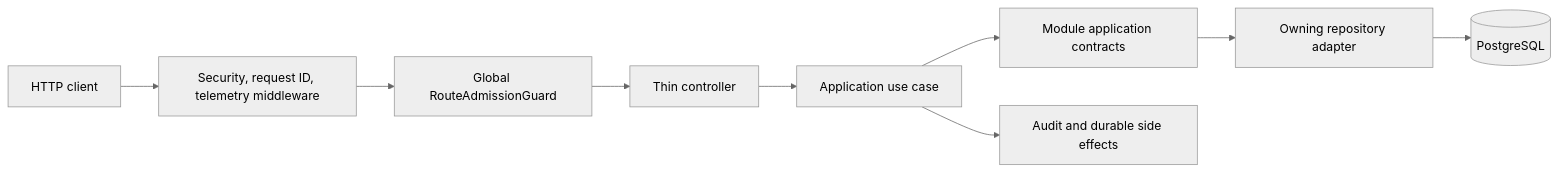
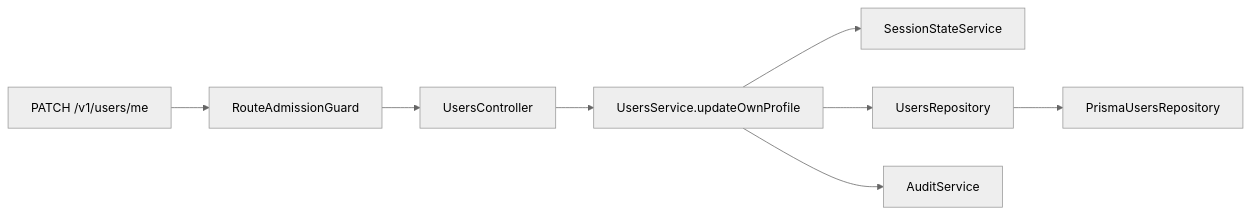
Before and after one commit to KasraK2K/nexora-platform-core: the diagram in docs/getting-started/project-tour.md, drawn with Mermaid (neutral theme). The commit also changed other lines of this file and 368 other files, not shown here.

````diff
--- a/docs/getting-started/project-tour.md
+++ b/docs/getting-started/project-tour.md
@@ -23,11 +25,10 @@
 ```mermaid
 flowchart LR
-    Client["HTTP client"] --> Middleware["Security, request ID, telemetry middleware"]
-    Middleware --> Admission["Global RouteAdmissionGuard"]
-    Admission --> Controller["Thin controller"]
-    Controller --> UseCase["Application use case"]
-    UseCase --> Contract["Module application contracts"]
-    Contract --> Repository["Owning repository adapter"]
-    Repository --> PostgreSQL[(PostgreSQL)]
-    UseCase --> Audit["Audit and durable side effects"]
+    Client["PATCH /v1/users/me"] --> Admission["RouteAdmissionGuard"]
+    Admission --> Controller["UsersController"]
+    Controller --> Service["UsersService.updateOwnProfile"]
+    Service --> Session["SessionStateService"]
+    Service --> Repository["UsersRepository"]
+    Repository --> Prisma["PrismaUsersRepository"]
+    Service --> Audit["AuditService"]
 ```
````
